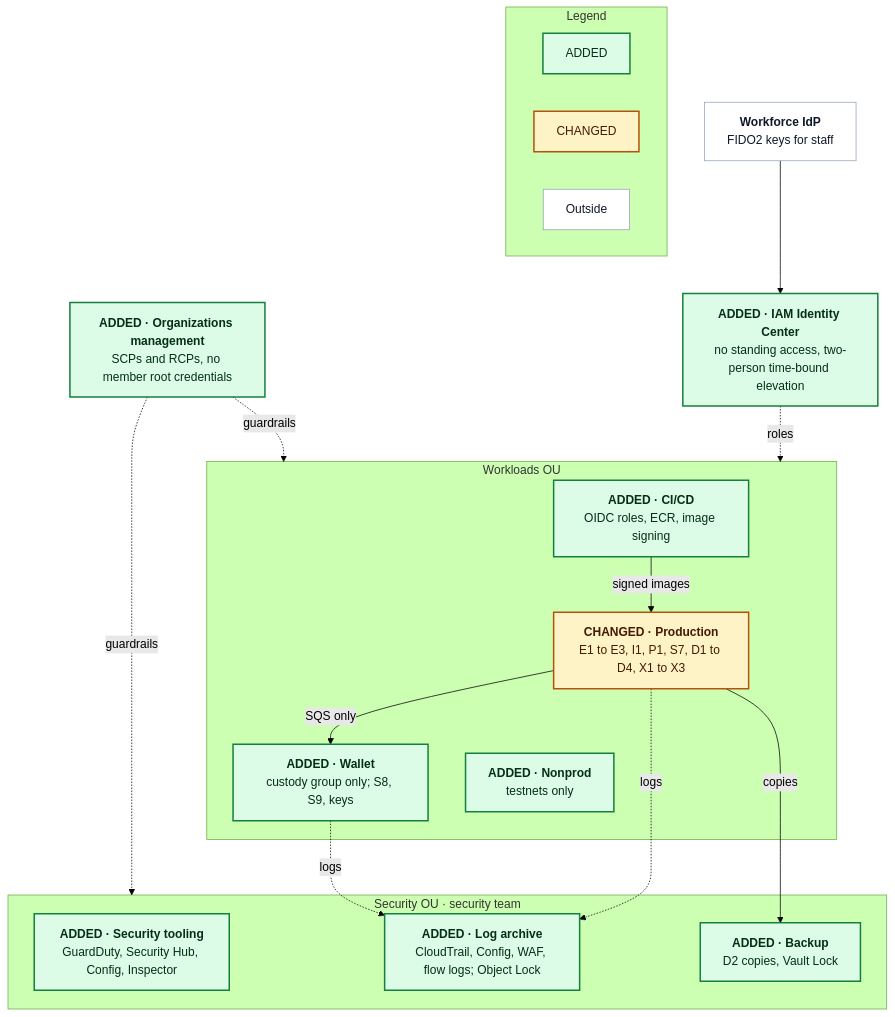
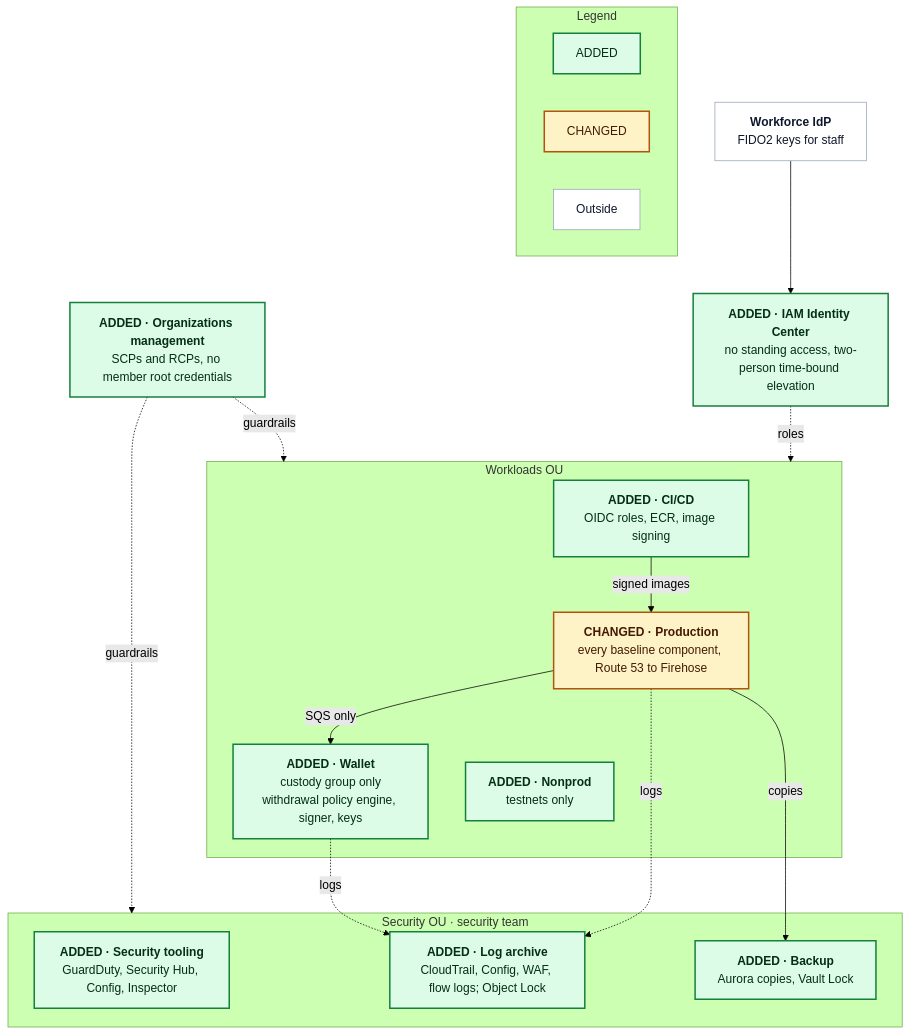
The third of 3 diagrams in src/problem5/SOLUTION.md (ndmquan-git/devops-challenge-ndmquan), drawn with Mermaid (forest theme) before and after one commit. The commit also changed other lines of this file and 4 other files, not shown here.

````diff
--- a/src/problem5/SOLUTION.md
+++ b/src/problem5/SOLUTION.md
@@ -302,50 +301,51 @@
 ```mermaid
 flowchart TB
   classDef added fill:#dcfce7,stroke:#15803d,stroke-width:2px,color:#052e16
   classDef changed fill:#fef3c7,stroke:#b45309,stroke-width:2px,color:#451a03
   classDef external fill:#ffffff,stroke:#94a3b8,color:#0f172a
 
   idp["`**Workforce IdP**
 FIDO2 keys for staff`"]:::external
   idc["`**ADDED · IAM Identity Center**
 no standing access, two-person time-bound elevation`"]:::added
   org["`**ADDED · Organizations management**
 SCPs and RCPs, no member root credentials`"]:::added
 
   subgraph secou["Security OU · security team"]
     tool["`**ADDED · Security tooling**
 GuardDuty, Security Hub, Config, Inspector`"]:::added
     logs["`**ADDED · Log archive**
 CloudTrail, Config, WAF, flow logs; Object Lock`"]:::added
     bak["`**ADDED · Backup**
-D2 copies, Vault Lock`"]:::added
+Aurora copies, Vault Lock`"]:::added
   end
 
   subgraph wlou["Workloads OU"]
     cicd["`**ADDED · CI/CD**
 OIDC roles, ECR, image signing`"]:::added
     prd["`**CHANGED · Production**
-E1 to E3, I1, P1, S7, D1 to D4, X1 to X3`"]:::changed
+every baseline component, Route 53 to Firehose`"]:::changed
     wal["`**ADDED · Wallet**
-custody group only; S8, S9, keys`"]:::added
+custody group only
+withdrawal policy engine, signer, keys`"]:::added
     np["`**ADDED · Nonprod**
 testnets only`"]:::added
   end
 
   idp --> idc
   idc -.->|roles| wlou
   org -.->|guardrails| secou
   org -.->|guardrails| wlou
   cicd -->|signed images| prd
   prd -->|SQS only| wal
   prd -->|copies| bak
   prd -.->|logs| logs
   wal -.->|logs| logs
 
   subgraph legend["Legend"]
     direction LR
     LA["ADDED"]:::added
     LC["CHANGED"]:::changed
     LE["Outside"]:::external
   end
 ```
````
